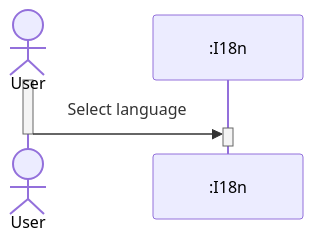
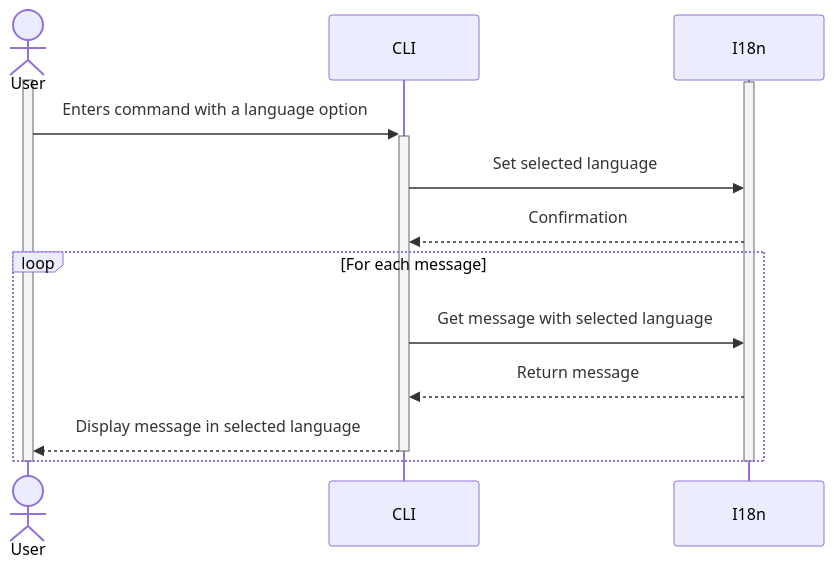
One commit to kellianb/FISE_A3_SE_BECHTEL changed the third of 4 diagrams in README.md. Above: the diagram before and after it, drawn with Mermaid.

Commit message:
added details to select language sequence diagram

````diff
--- a/README.md
+++ b/README.md
@@ -104,10 +104,19 @@
 ```mermaid
     sequenceDiagram
         actor User
-        participant #58;I18n
+        participant CLI
+        participant I18n
 
         activate User
-        User->>+#58;I18n: Select language
-        deactivate #58;I18n
+        activate I18n
+        User->>+CLI: Enters command with a language option
+        CLI->>I18n: Set selected language
+        I18n-->>CLI: Confirmation
+        loop For each message
+            CLI->>I18n: Get message with selected language
+            I18n-->>CLI: Return message
+            CLI-->>-User: Display message in selected language
+        end
+        deactivate I18n
         deactivate User
 ```
````
